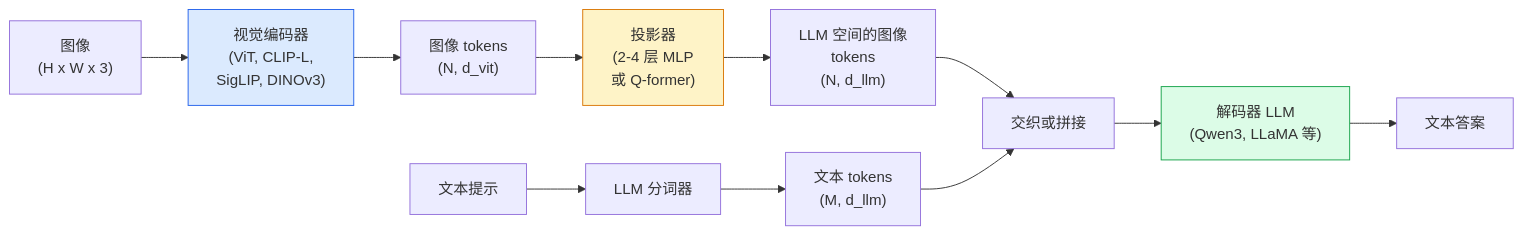
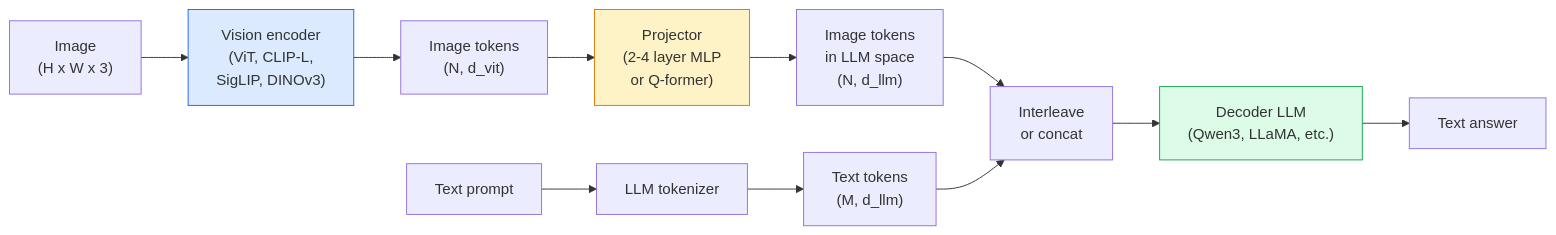
One commit to xiaojiaenen/ai-engineering-from-scratch-zh changed the diagram in i18n/zh/phases/04-computer-vision/25-vision-language-models/docs/zh.md. Above: the diagram before and after it, drawn with Mermaid. The commit also changed other lines of this file and 28 other files, not shown here.

````diff
--- a/i18n/zh/phases/04-computer-vision/25-vision-language-models/docs/zh.md
+++ b/i18n/zh/phases/04-computer-vision/25-vision-language-models/docs/zh.md
@@ -29,17 +29,17 @@
 ```mermaid
 flowchart LR
-    IMG["图像<br/>(H x W x 3)"] --> ViT["视觉编码器<br/>(ViT, CLIP-L,<br/>SigLIP, DINOv3)"]
-    ViT --> FEATS["图像 tokens<br/>(N, d_vit)"]
-    FEATS --> PROJ["投影器<br/>(2-4 层 MLP<br/>或 Q-former)"]
-    PROJ --> VTOK["LLM 空间的图像<br/>tokens<br/>(N, d_llm)"]
-    TXT["文本提示"] --> TOK["LLM 分词器"]
-    TOK --> TTOK["文本 tokens<br/>(M, d_llm)"]
-    VTOK --> CONCAT["交织或拼接"]
+    IMG["Image<br/>(H x W x 3)"] --> ViT["Vision encoder<br/>(ViT, CLIP-L,<br/>SigLIP, DINOv3)"]
+    ViT --> FEATS["Image tokens<br/>(N, d_vit)"]
+    FEATS --> PROJ["Projector<br/>(2-4 layer MLP<br/>or Q-former)"]
+    PROJ --> VTOK["Image tokens<br/>in LLM space<br/>(N, d_llm)"]
+    TXT["Text prompt"] --> TOK["LLM tokenizer"]
+    TOK --> TTOK["Text tokens<br/>(M, d_llm)"]
+    VTOK --> CONCAT["Interleave<br/>or concat"]
     TTOK --> CONCAT
-    CONCAT --> LLM["解码器 LLM<br/>(Qwen3, LLaMA 等)"]
-    LLM --> OUT["文本答案"]
+    CONCAT --> LLM["Decoder LLM<br/>(Qwen3, LLaMA, etc.)"]
+    LLM --> OUT["Text answer"]
 
     style ViT fill:#dbeafe,stroke:#2563eb
     style PROJ fill:#fef3c7,stroke:#d97706
     style LLM fill:#dcfce7,stroke:#16a34a
 ```
````
